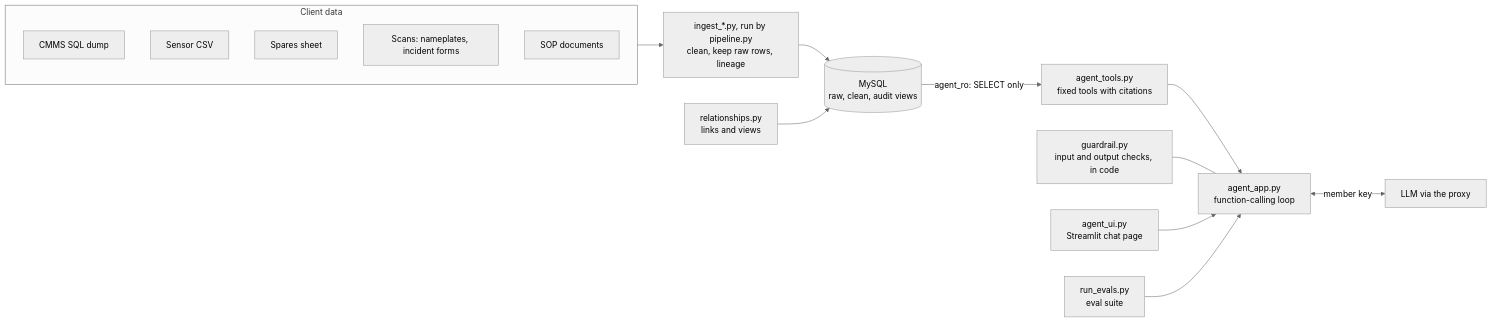
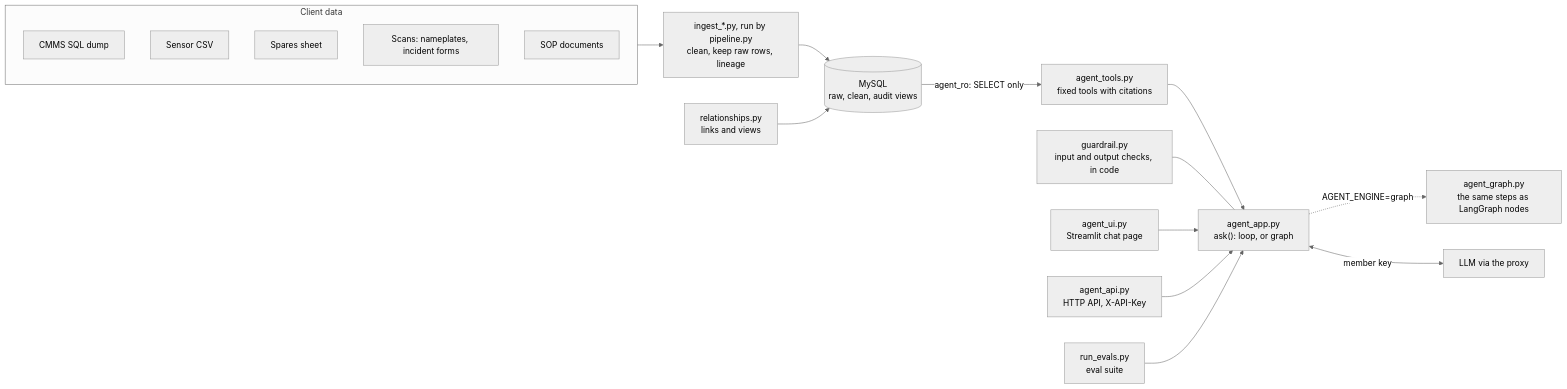
One commit to ensanguine2279/sctp-aie-m5-jurong-marine changed the diagram in README.md. Above: the diagram before and after it, drawn with Mermaid (neutral theme). The commit also changed other lines of this file and 20 other files, not shown here.

Commit message:
feat: added api and langgraph layer on agent_app functions

````diff
--- a/README.md
+++ b/README.md
@@ -28,19 +28,21 @@
 ```mermaid
 flowchart LR
     subgraph SRC["Client data"]
         S1["CMMS SQL dump"]
         S2["Sensor CSV"]
         S3["Spares sheet"]
         S4["Scans: nameplates, incident forms"]
         S5["SOP documents"]
     end
     SRC --> I["ingest_*.py, run by pipeline.py<br/>clean, keep raw rows, lineage"]
     I --> DB[("MySQL<br/>raw, clean, audit views")]
     R["relationships.py<br/>links and views"] --> DB
     DB -->|"agent_ro: SELECT only"| T["agent_tools.py<br/>fixed tools with citations"]
-    T --> A["agent_app.py<br/>function-calling loop"]
+    T --> A["agent_app.py<br/>ask(): loop, or graph"]
+    A -.->|"AGENT_ENGINE=graph"| GR["agent_graph.py<br/>the same steps as LangGraph nodes"]
     G["guardrail.py<br/>input and output checks, in code"] --- A
     A <-->|"member key"| L["LLM via the proxy"]
     U["agent_ui.py<br/>Streamlit chat page"] --> A
+    X["agent_api.py<br/>HTTP API, X-API-Key"] --> A
     E["run_evals.py<br/>eval suite"] --> A
 ```
````
